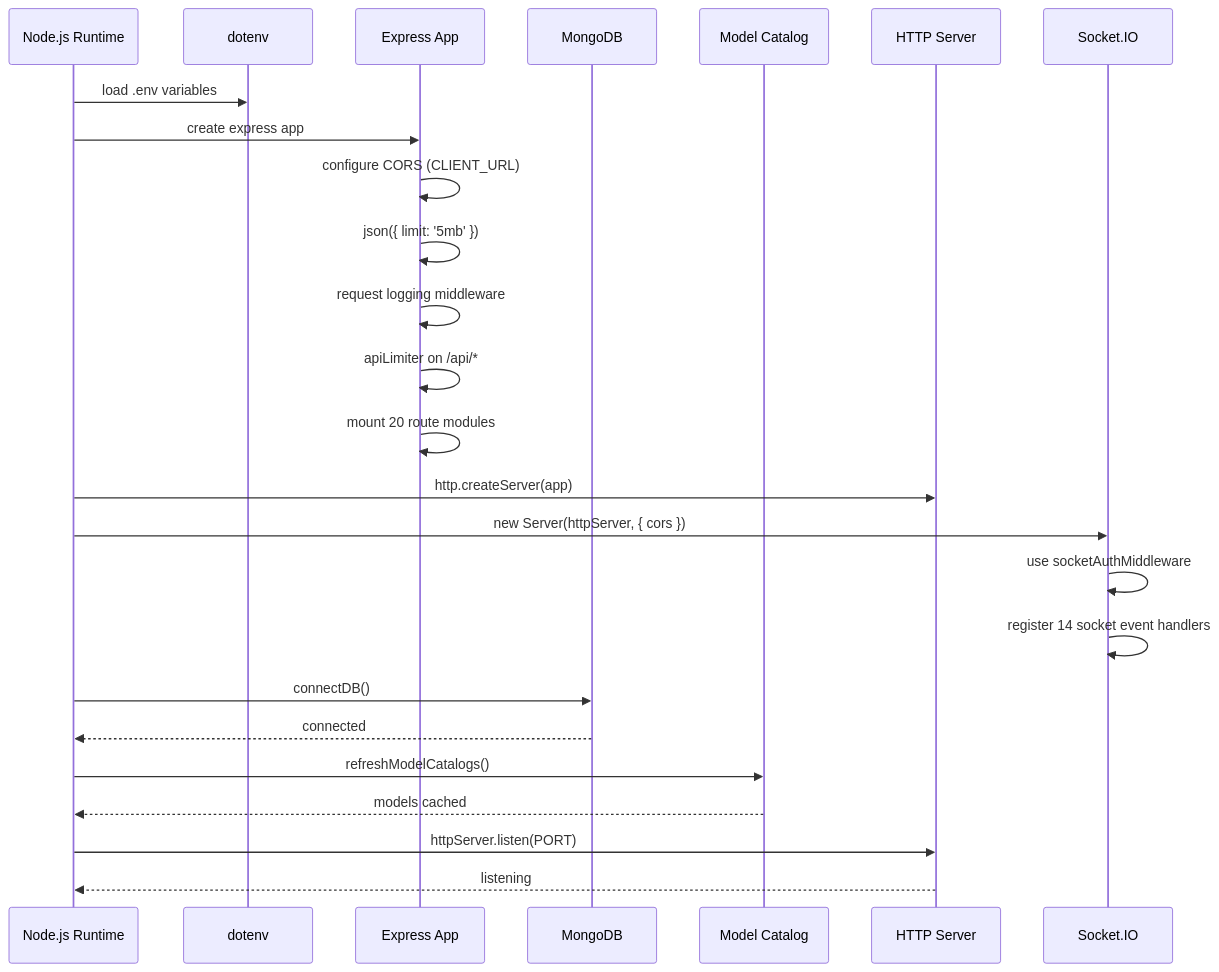
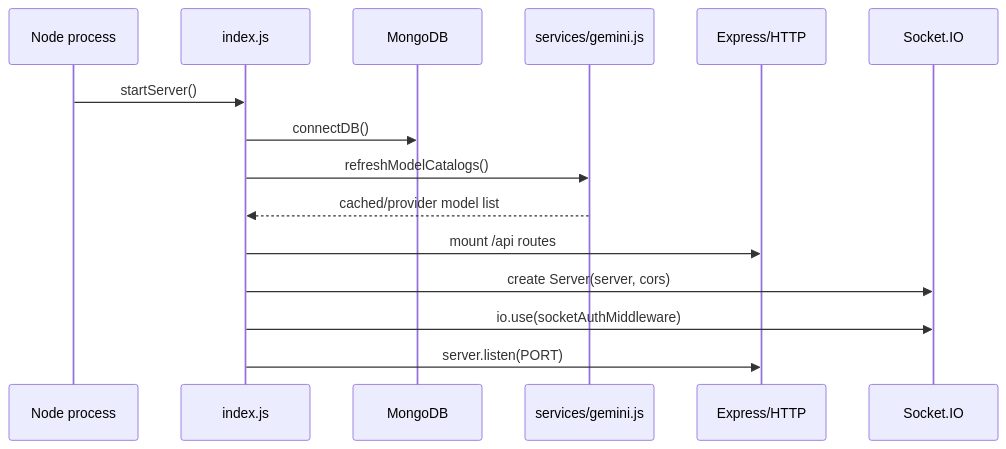
Before and after one commit to Ganesh172919/Backend_Practice: the diagram in docs/ai/02-runtime-entrypoints.md, drawn with Mermaid. The commit also changed other lines of this file and 2 other files, not shown here.

````diff
--- a/docs/ai/02-runtime-entrypoints.md
+++ b/docs/ai/02-runtime-entrypoints.md
@@ -36,28 +26,18 @@
 ```mermaid
 sequenceDiagram
-    participant Node as Node.js Runtime
-    participant Env as dotenv
-    participant App as Express App
-    participant DB as MongoDB
-    participant Catalog as Model Catalog
-    participant HTTP as HTTP Server
-    participant IO as Socket.IO
+  participant Proc as Node process
+  participant Index as index.js
+  participant DB as MongoDB
+  participant Catalog as services/gemini.js
+  participant HTTP as Express/HTTP
+  participant WS as Socket.IO
 
-    Node->>Env: load .env variables
-    Node->>App: create express app
-    App->>App: configure CORS (CLIENT_URL)
-    App->>App: json({ limit: '5mb' })
-    App->>App: request logging middleware
-    App->>App: apiLimiter on /api/*
-    App->>App: mount 20 route modules
-    Node->>HTTP: http.createServer(app)
-    Node->>IO: new Server(httpServer, { cors })
-    IO->>IO: use socketAuthMiddleware
-    IO->>IO: register 14 socket event handlers
-    Node->>DB: connectDB()
-    DB-->>Node: connected
-    Node->>Catalog: refreshModelCatalogs()
-    Catalog-->>Node: models cached
-    Node->>HTTP: httpServer.listen(PORT)
-    HTTP-->>Node: listening
+  Proc->>Index: startServer()
+  Index->>DB: connectDB()
+  Index->>Catalog: refreshModelCatalogs()
+  Catalog-->>Index: cached/provider model list
+  Index->>HTTP: mount /api routes
+  Index->>WS: create Server(server, cors)
+  Index->>WS: io.use(socketAuthMiddleware)
+  Index->>HTTP: server.listen(PORT)
 ```
````
